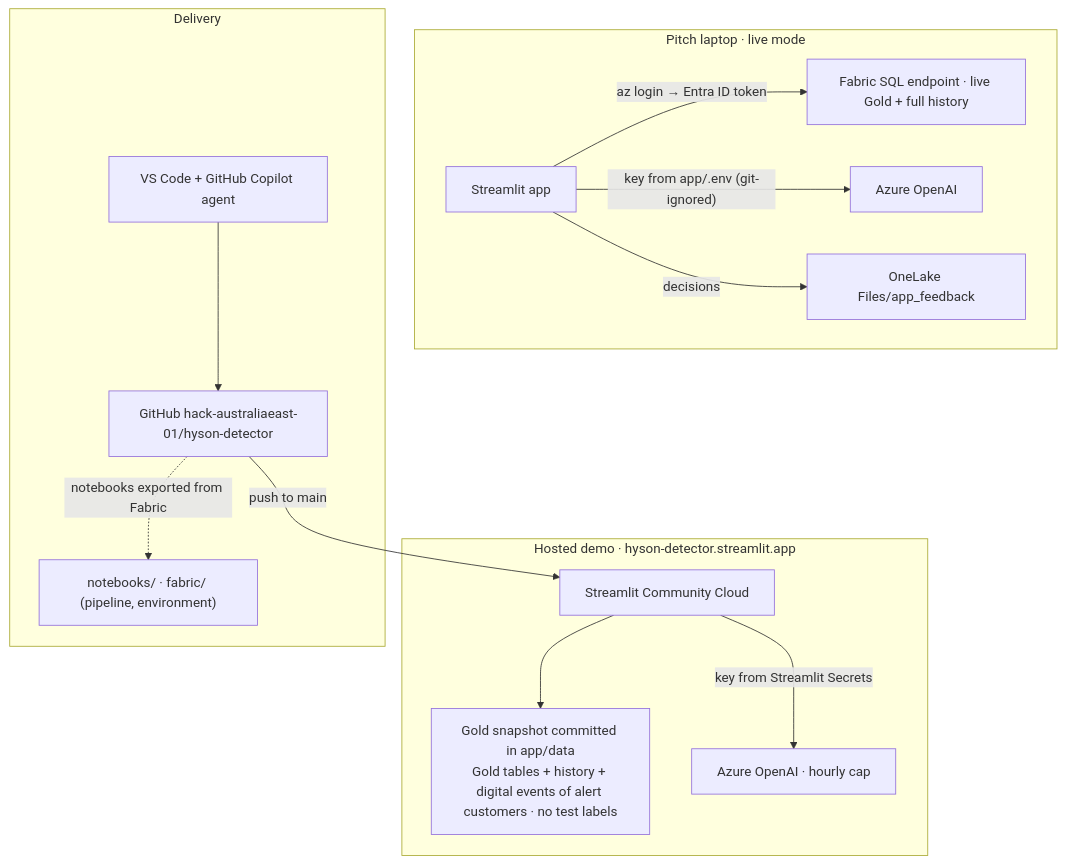
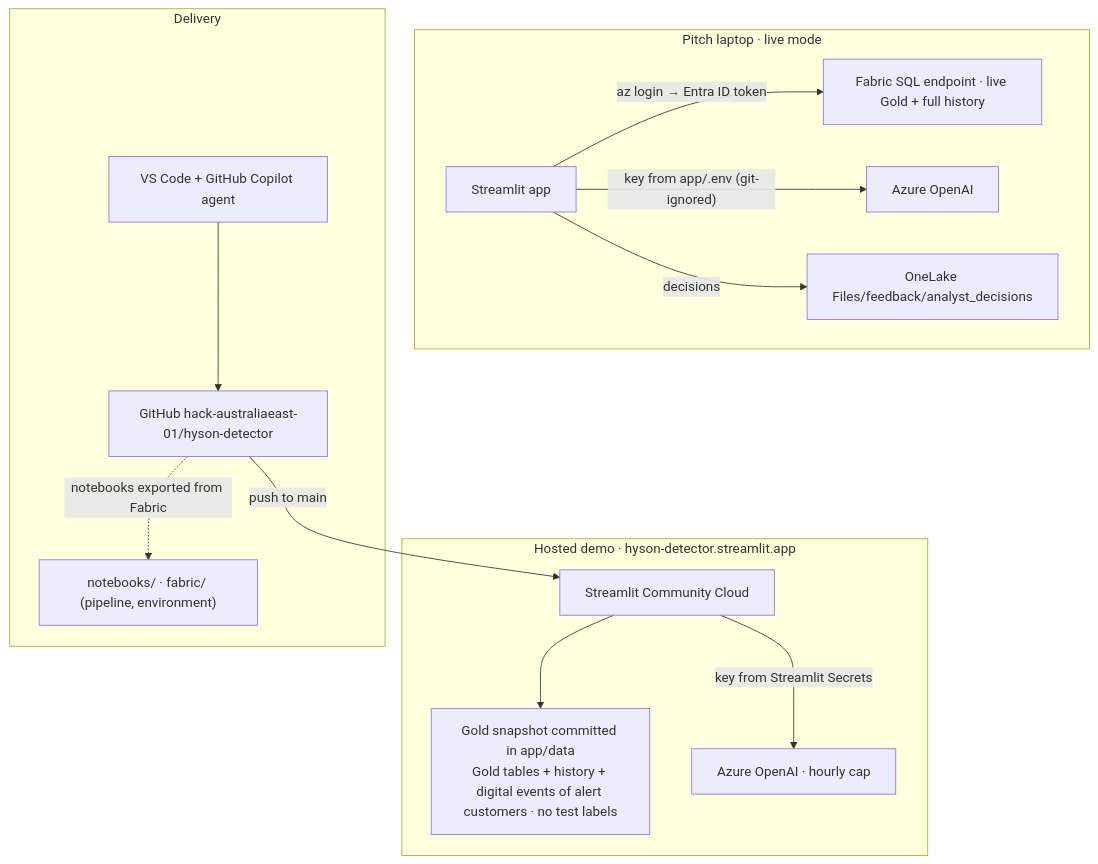
The third of 3 diagrams in docs/diagrams/5_app_and_deployment.md (hack-australiaeast-01/hyson-detector), drawn with Mermaid before and after one commit. The commit also changed 26 other files, not shown here.

Commit message:
Lakehouse reorganised into bronze / quality / silver / gold / ml / mart / serving / meta schemas (dbo empty, Files structured): layout as code, migration notebook copy-verify-repoint-drop, Power BI models and copy job repointed, notebooks and app updated; verified live

````diff
--- a/docs/diagrams/5_app_and_deployment.md
+++ b/docs/diagrams/5_app_and_deployment.md
@@ -61,19 +61,19 @@
 ```mermaid
 flowchart TB
     subgraph LOC["Pitch laptop · live mode"]
         L1["Streamlit app"] -- "az login → Entra ID token" --> L2["Fabric SQL endpoint · live Gold + full history"]
         L1 -- "key from app/.env (git-ignored)" --> L3["Azure OpenAI"]
-        L1 -- "decisions" --> L4["OneLake Files/app_feedback"]
+        L1 -- "decisions" --> L4["OneLake Files/feedback/analyst_decisions"]
     end
 
     subgraph CLOUD["Hosted demo · hyson-detector.streamlit.app"]
         C1["Streamlit Community Cloud"] --> C2["Gold snapshot committed in app/data<br/>Gold tables + history + digital events of alert customers · no test labels"]
         C1 -- "key from Streamlit Secrets" --> C3["Azure OpenAI · hourly cap"]
     end
 
     subgraph CICD["Delivery"]
         DEV["VS Code + GitHub Copilot agent"] --> GH["GitHub hack-australiaeast-01/hyson-detector"]
         GH -- "push to main" --> C1
         GH -. "notebooks exported from Fabric" .-> NB["notebooks/ · fabric/ (pipeline, environment)"]
     end
 ```
````
